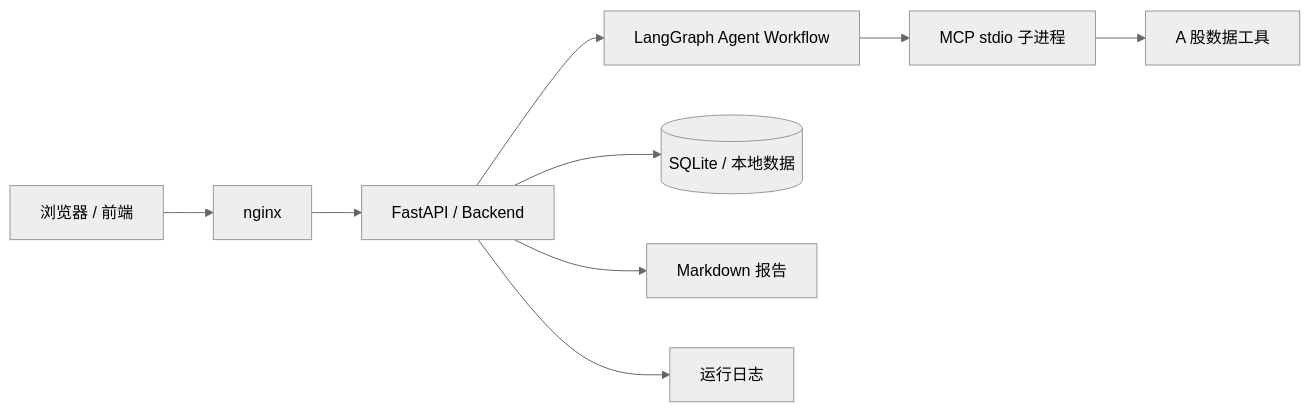
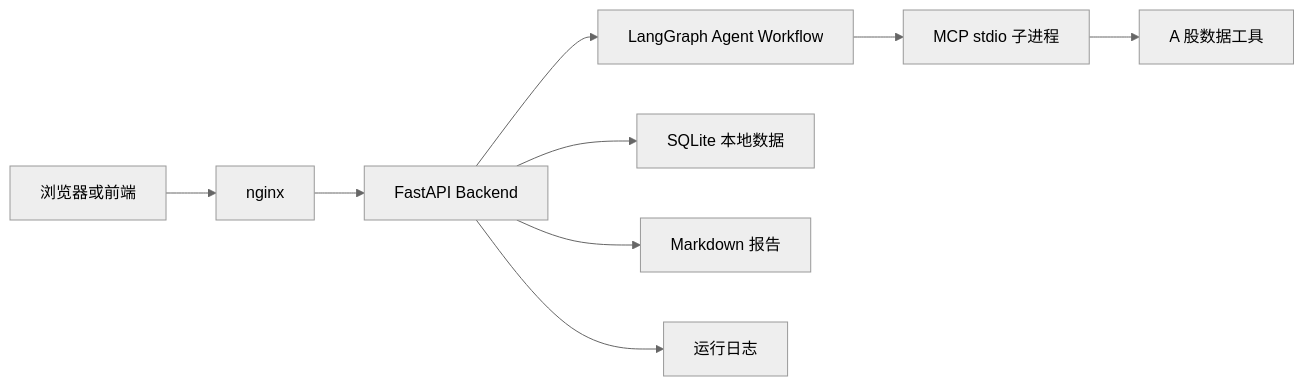
Before and after one commit to ZengWenQuan/Finance_multi_agent: the third of 3 diagrams in README.md, drawn with Mermaid (neutral theme). The commit also changed other lines of this file and 23 other files, not shown here.

Commit message:
新增了vllm部署，还有就是新加了向量数据库，图rag等内容，还有就是优化了MCP的tool提示词，使得更加精准

````diff
--- a/README.md
+++ b/README.md
@@ -359,11 +402,11 @@
 ```mermaid
 flowchart LR
-    Browser[浏览器 / 前端] --> Nginx[nginx]
-    Nginx --> Backend[FastAPI / Backend]
-    Backend --> Agent[LangGraph Agent Workflow]
-    Agent --> MCP[MCP stdio 子进程]
-    MCP --> Stock[A 股数据工具]
-    Backend --> SQLite[(SQLite / 本地数据)]
-    Backend --> Report[Markdown 报告]
-    Backend --> Logs[运行日志]
+    Browser["浏览器或前端"] --> Nginx["nginx"]
+    Nginx --> Backend["FastAPI Backend"]
+    Backend --> Agent["LangGraph Agent Workflow"]
+    Agent --> MCP["MCP stdio 子进程"]
+    MCP --> Stock["A 股数据工具"]
+    Backend --> SQLite["SQLite 本地数据"]
+    Backend --> Report["Markdown 报告"]
+    Backend --> Logs["运行日志"]
 ```
````
